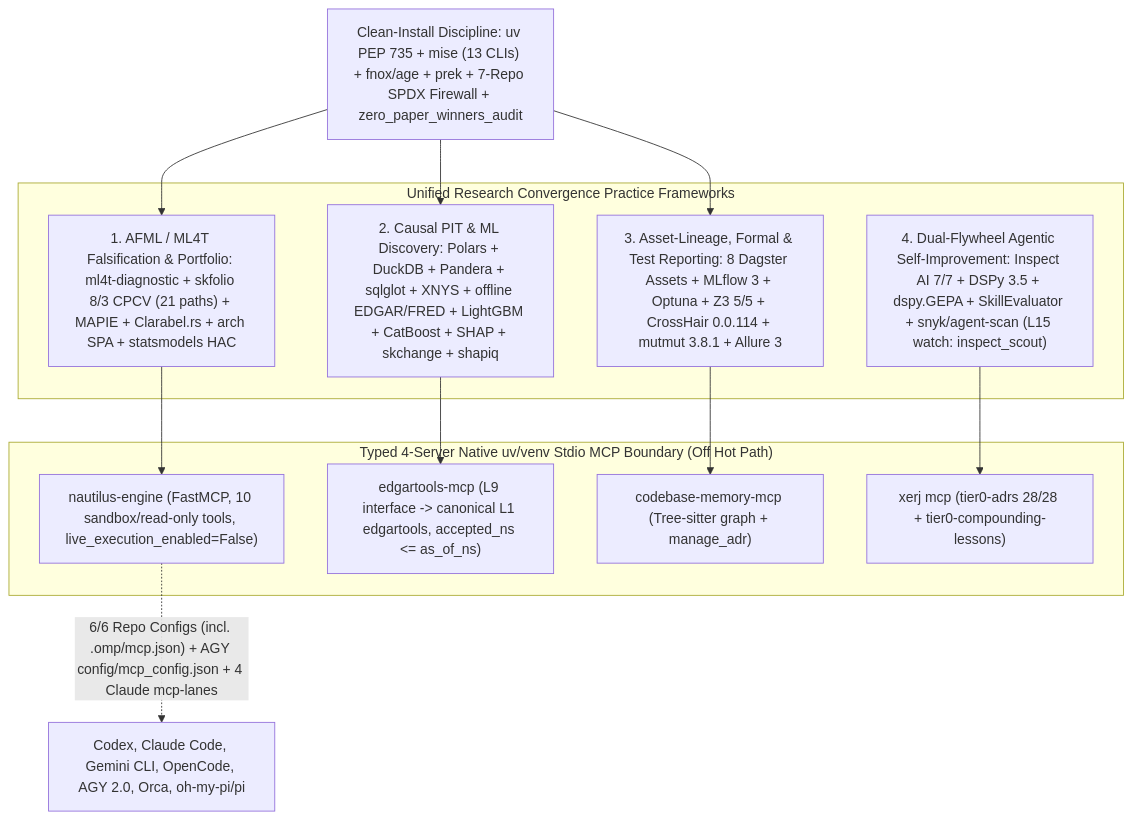
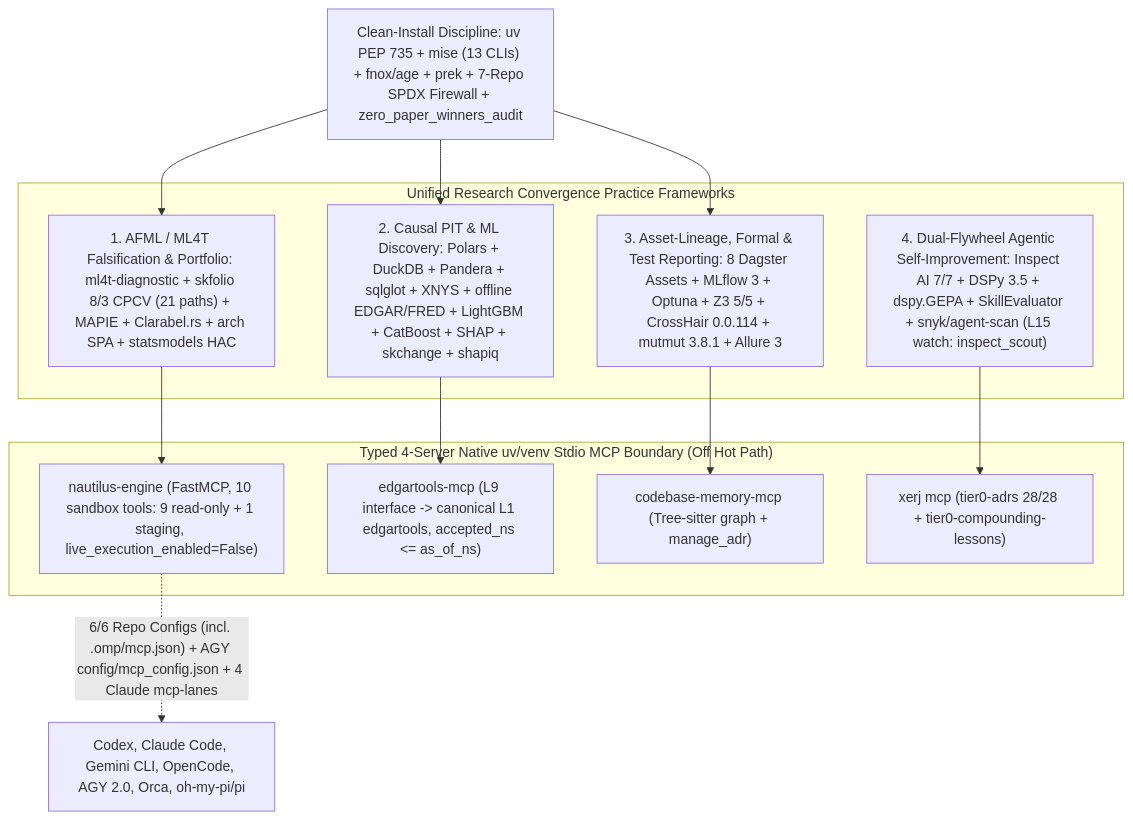
Before and after one commit to seathatflowsinourveins/noesis: the diagram in docs/adr/ADR-0025.md, drawn with Mermaid. The commit also changed other lines of this file and 26 other files, not shown here.

````diff
--- a/docs/adr/ADR-0025.md
+++ b/docs/adr/ADR-0025.md
@@ -97,23 +97,23 @@
 ```mermaid
 flowchart TD
     CI["Clean-Install Discipline: uv PEP 735 + mise (13 CLIs) + fnox/age + prek + 7-Repo SPDX Firewall + zero_paper_winners_audit"] --> P1
     CI --> P2
     CI --> P3
     subgraph RF ["Unified Research Convergence Practice Frameworks"]
         P1["1. AFML / ML4T Falsification & Portfolio: ml4t-diagnostic + skfolio 8/3 CPCV (21 paths) + MAPIE + Clarabel.rs + arch SPA + statsmodels HAC"]
         P2["2. Causal PIT & ML Discovery: Polars + DuckDB + Pandera + sqlglot + XNYS + offline EDGAR/FRED + LightGBM + CatBoost + SHAP + skchange + shapiq"]
         P3["3. Asset-Lineage, Formal & Test Reporting: 8 Dagster Assets + MLflow 3 + Optuna + Z3 5/5 + CrossHair 0.0.114 + mutmut 3.8.1 + Allure 3"]
         P4["4. Dual-Flywheel Agentic Self-Improvement: Inspect AI 7/7 + DSPy 3.5 + dspy.GEPA + SkillEvaluator + snyk/agent-scan (L15 watch: inspect_scout)"]
     end
     subgraph MCP ["Typed 4-Server Native uv/venv Stdio MCP Boundary (Off Hot Path)"]
-        M1["nautilus-engine (FastMCP, 10 sandbox/read-only tools, live_execution_enabled=False)"]
+        M1["nautilus-engine (FastMCP, 10 sandbox tools: 9 read-only + 1 staging, live_execution_enabled=False)"]
         M2["edgartools-mcp (L9 interface -> canonical L1 edgartools, accepted_ns <= as_of_ns)"]
         M3["codebase-memory-mcp (Tree-sitter graph + manage_adr)"]
         M4["xerj mcp (tier0-adrs 28/28 + tier0-compounding-lessons)"]
     end
     P1 --> M1
     P2 --> M2
     P3 --> M3
     P4 --> M4
     M1 -. "6/6 Repo Configs (incl. .omp/mcp.json) + AGY config/mcp_config.json + 4 Claude mcp-lanes" .-> RUN["Codex, Claude Code, Gemini CLI, OpenCode, AGY 2.0, Orca, oh-my-pi/pi"]
 ```
````
